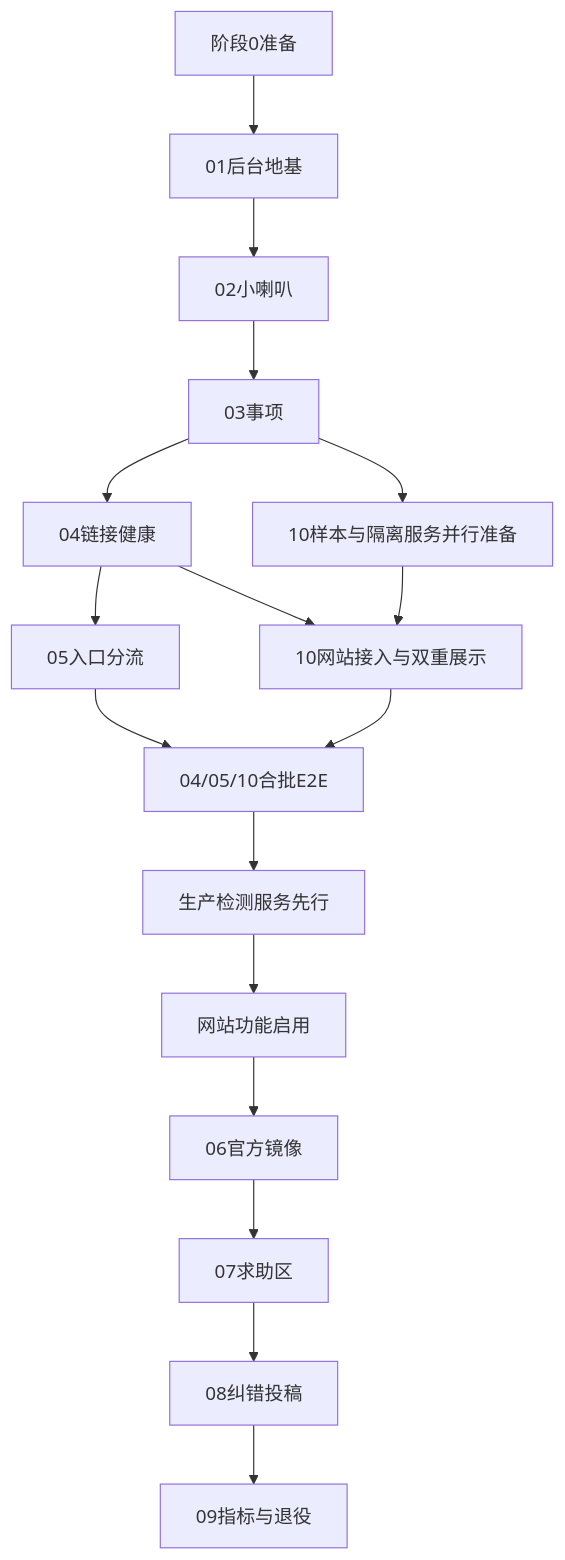
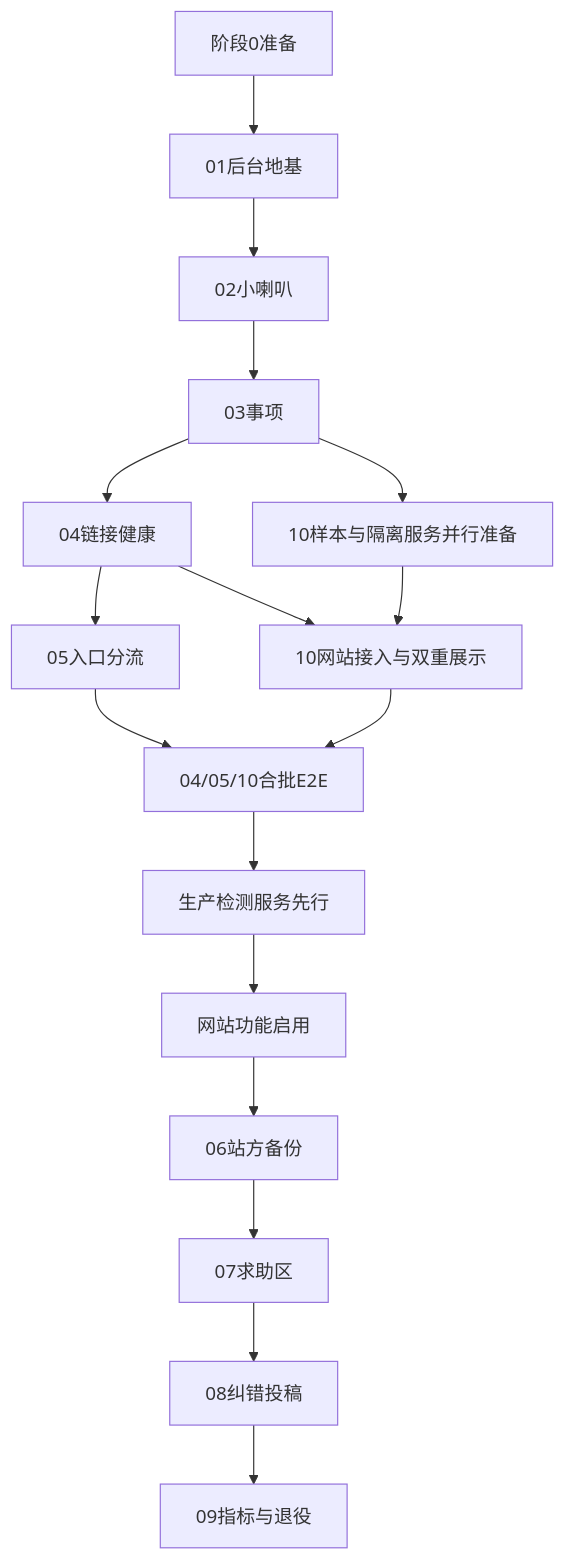
Before and after one commit to OtoAme/kun-otoame-next: the diagram in decision-making/7-operations-layer/00-master-plan.md, drawn with Mermaid. The commit also changed other lines of this file and 13 other files, not shown here.

````diff
--- a/decision-making/7-operations-layer/00-master-plan.md
+++ b/decision-making/7-operations-layer/00-master-plan.md
@@ -58,19 +58,19 @@
 ```mermaid
 flowchart TD
   P0[阶段0准备] --> M01[01后台地基]
   M01 --> M02[02小喇叭]
   M02 --> M03[03事项]
   M03 --> M04[04链接健康]
   M04 --> M05[05入口分流]
   M03 --> S10[10样本与隔离服务并行准备]
   M04 --> M10[10网站接入与双重展示]
   S10 --> M10
   M05 --> G[04/05/10合批E2E]
   M10 --> G
   G --> SVC[生产检测服务先行]
   SVC --> WEB[网站功能启用]
-  WEB --> M06[06官方镜像]
+  WEB --> M06[06站方备份]
   M06 --> M07[07求助区]
   M07 --> M08[08纠错投稿]
   M08 --> M09[09指标与退役]
 ```
````
